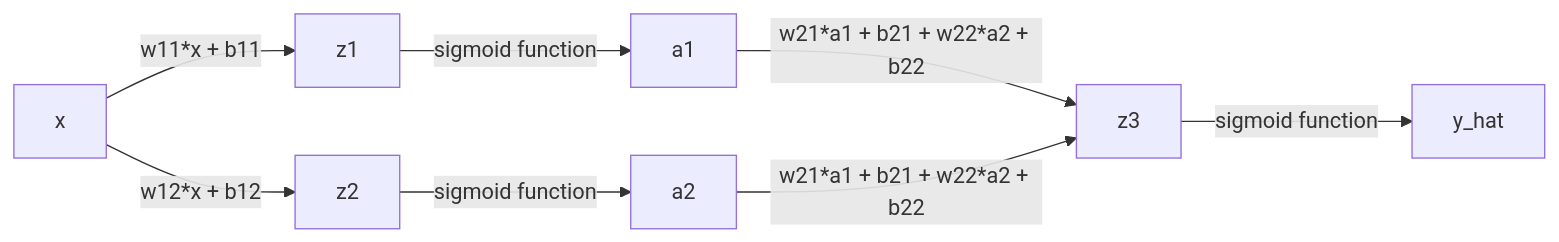
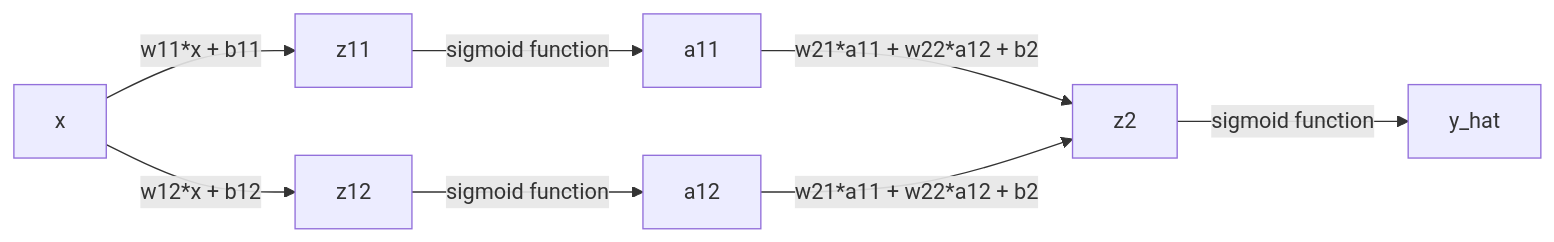
The fifth of 6 diagrams in blog_posts/backpropagation_various_sources.md (erikaduan/textbook_notes), drawn with Mermaid before and after one commit. The commit also changed other lines of this file and 3 other files, not shown here.

````diff
--- a/blog_posts/backpropagation_various_sources.md
+++ b/blog_posts/backpropagation_various_sources.md
@@ -809,12 +917,12 @@
 ``` mermaid
 flowchart LR 
-  x --w11*x + b11--> z1
-  x --w12*x + b12--> z2
+  x --w11*x + b11--> z11
+  x --w12*x + b12--> z12
   
-  z1 --sigmoid function--> a1
-  z2 --sigmoid function--> a2
+  z11 --sigmoid function--> a11
+  z12 --sigmoid function--> a12
   
-  a1 --w21*a1 + b21 + w22*a2 + b22-->z3
-  a2 --w21*a1 + b21 + w22*a2 + b22-->z3
-  z3 --sigmoid function--> y_hat
+  a11 --w21*a11 + w22*a12 + b2-->z2  
+  a12 --w21*a11 + w22*a12 + b2-->z2  
+  z2 --sigmoid function--> y_hat
 ```
````
